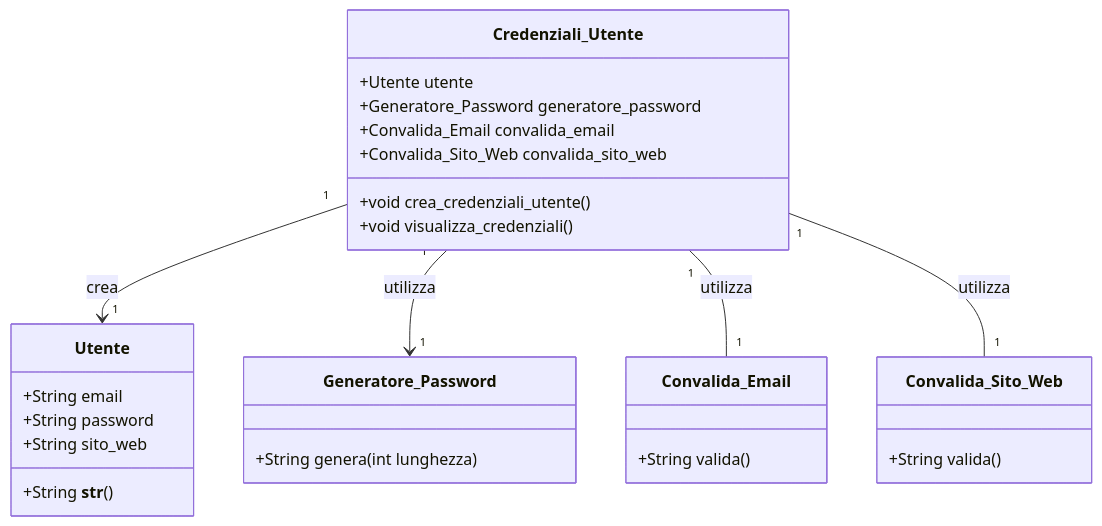
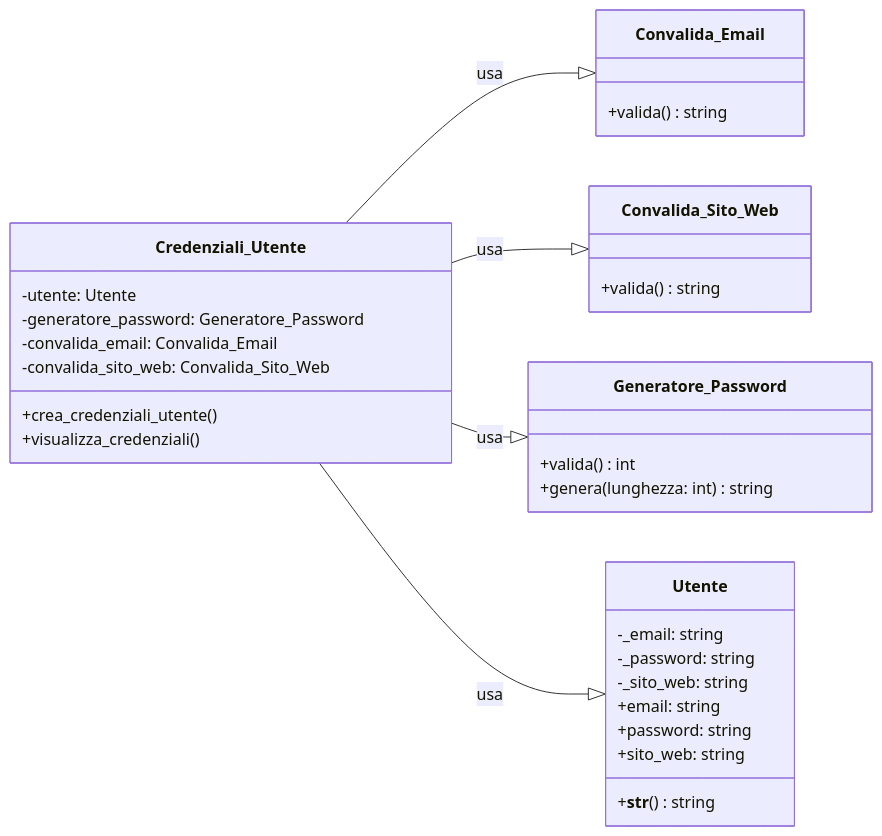
Before and after one commit to KamilIbragimov/Progetto_Galo_Di_Natale: the diagram in README.md, drawn with Mermaid. The commit also changed 1 other file, not shown here.

````diff
--- a/README.md
+++ b/README.md
@@ -34,38 +34,43 @@
 ```mermaid
                                 
+classDiagram
+    direction RL
 
-classDiagram
     class Convalida_Email {
-        +String valida()
+        +valida() string
     }
 
     class Convalida_Sito_Web {
-        +String valida()
+        +valida() string
     }
 
     class Utente {
-        +String email
-        +String password
-        +String sito_web
-        +String __str__()
+        -_email: string
+        -_password: string
+        -_sito_web: string
+        +email: string
+        +password: string
+        +sito_web: string
+        +__str__() string
     }
 
     class Generatore_Password {
-        +String genera(int lunghezza)
+        +valida() int
+        +genera(lunghezza: int) string
     }
 
     class Credenziali_Utente {
-        +Utente utente
-        +Generatore_Password generatore_password
-        +Convalida_Email convalida_email
-        +Convalida_Sito_Web convalida_sito_web
-        +void crea_credenziali_utente()
-        +void visualizza_credenziali()
+        -utente: Utente
+        -generatore_password: Generatore_Password
+        -convalida_email: Convalida_Email
+        -convalida_sito_web: Convalida_Sito_Web
+        +crea_credenziali_utente()
+        +visualizza_credenziali()
     }
+    Convalida_Email <|-- Credenziali_Utente : usa
+    Convalida_Sito_Web <|-- Credenziali_Utente : usa
+    Generatore_Password <|-- Credenziali_Utente : usa
+    Utente <|-- Credenziali_Utente : usa
+    
 
-    
-    Credenziali_Utente "1" --> "1" Utente : crea
-    Credenziali_Utente "1" --> "1" Generatore_Password : utilizza
-    Credenziali_Utente "1" -- "1" Convalida_Email : utilizza
-    Credenziali_Utente "1" -- "1" Convalida_Sito_Web : utilizza
 ```
````
